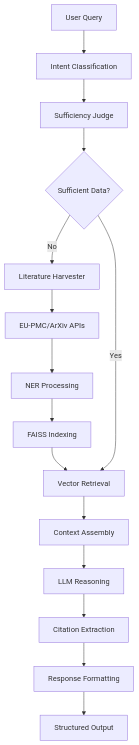
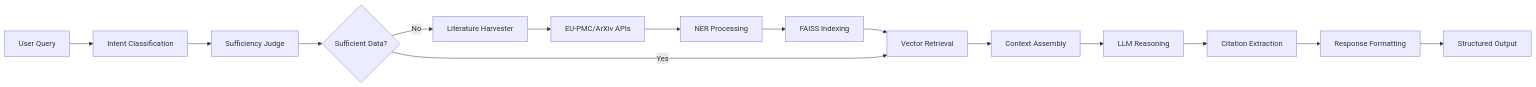
Before and after one commit to DMCarnahan/NanoChemGPT: the diagram in README_PUBLICATION.md, drawn with Mermaid.

Commit message:
Change graph direction from TB to LR in README

````diff
--- a/README_PUBLICATION.md
+++ b/README_PUBLICATION.md
@@ -24,17 +24,17 @@
 ```mermaid
-graph TB
+graph LR
     A[User Query] --> B[Intent Classification]
     B --> C[Sufficiency Judge]
     C --> D{Sufficient Data?}
-    D -->|No| E[Literature Harvester]
+    D -- "No" --> E[Literature Harvester]
     E --> F[EU-PMC/ArXiv APIs]
     F --> G[NER Processing]
     G --> H[FAISS Indexing]
     H --> I[Vector Retrieval]
-    D -->|Yes| I
+    D -- "Yes" --> I
     I --> J[Context Assembly]
     J --> K[LLM Reasoning]
     K --> L[Citation Extraction]
     L --> M[Response Formatting]
     M --> N[Structured Output]
 ```
````
